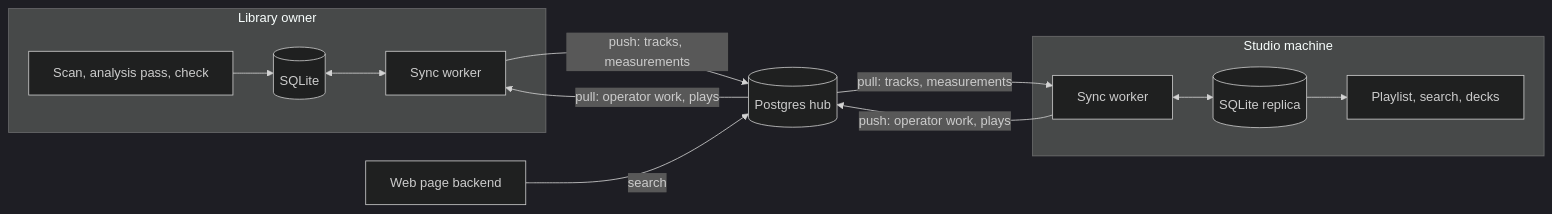
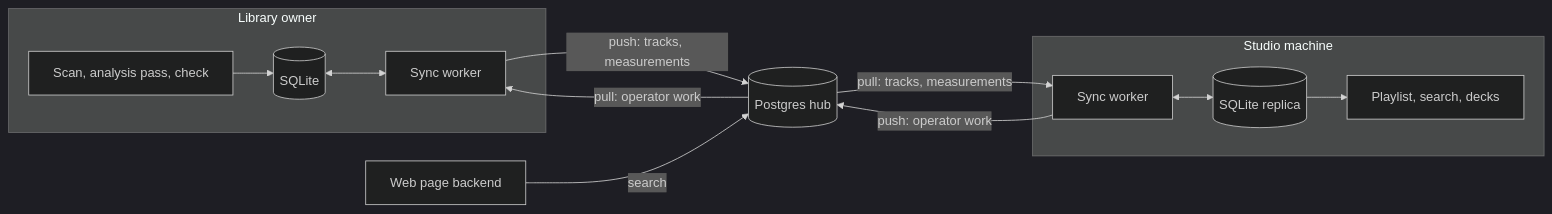
One commit to Arskah/radiodiodj changed the third of 5 diagrams in docs/external-library.md. Above: the diagram before and after it, drawn with Mermaid (dark theme). The commit also changed other lines of this file and 3 other files, not shown here.

````diff
--- a/docs/external-library.md
+++ b/docs/external-library.md
@@ -270,17 +270,17 @@
 ```mermaid
 flowchart LR
   subgraph owner["Library owner"]
     S["Scan, analysis pass, check"] --> ODB[("SQLite")]
     ODB <--> OW["Sync worker"]
   end
   HUB[("Postgres hub")]
   subgraph studio["Studio machine"]
     W["Sync worker"] <--> RDB[("SQLite replica")]
     RDB --> P["Playlist, search, decks"]
   end
   OW -- "push: tracks, measurements" --> HUB
-  HUB -- "pull: operator work, plays" --> OW
+  HUB -- "pull: operator work" --> OW
   HUB -- "pull: tracks, measurements" --> W
-  W -- "push: operator work, plays" --> HUB
+  W -- "push: operator work" --> HUB
   WEB["Web page backend"] -- "search" --> HUB
 ```
````
